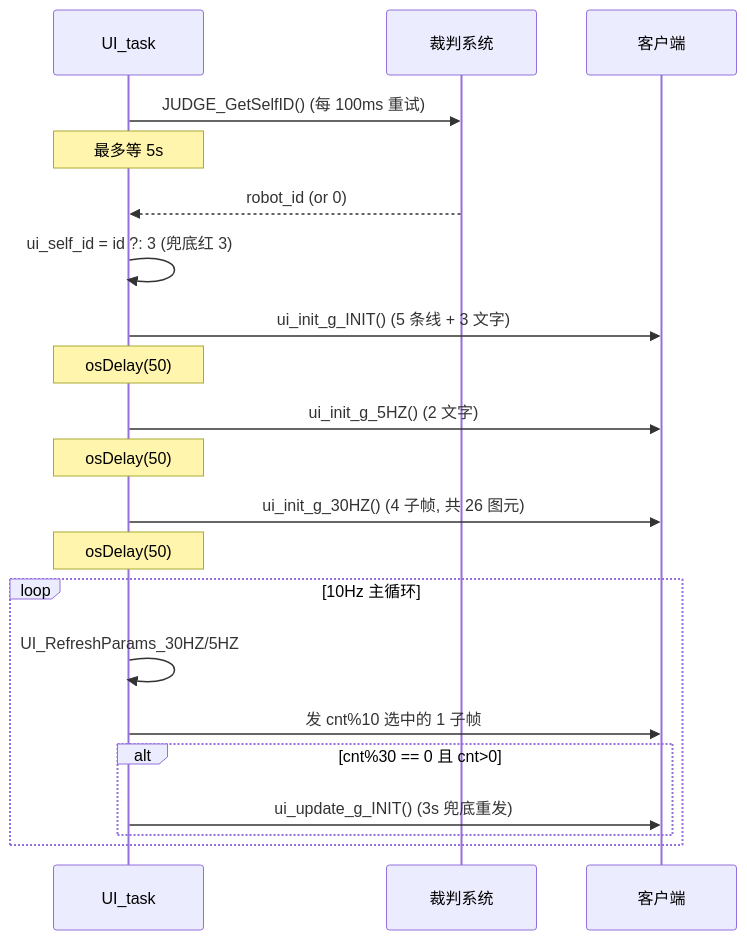
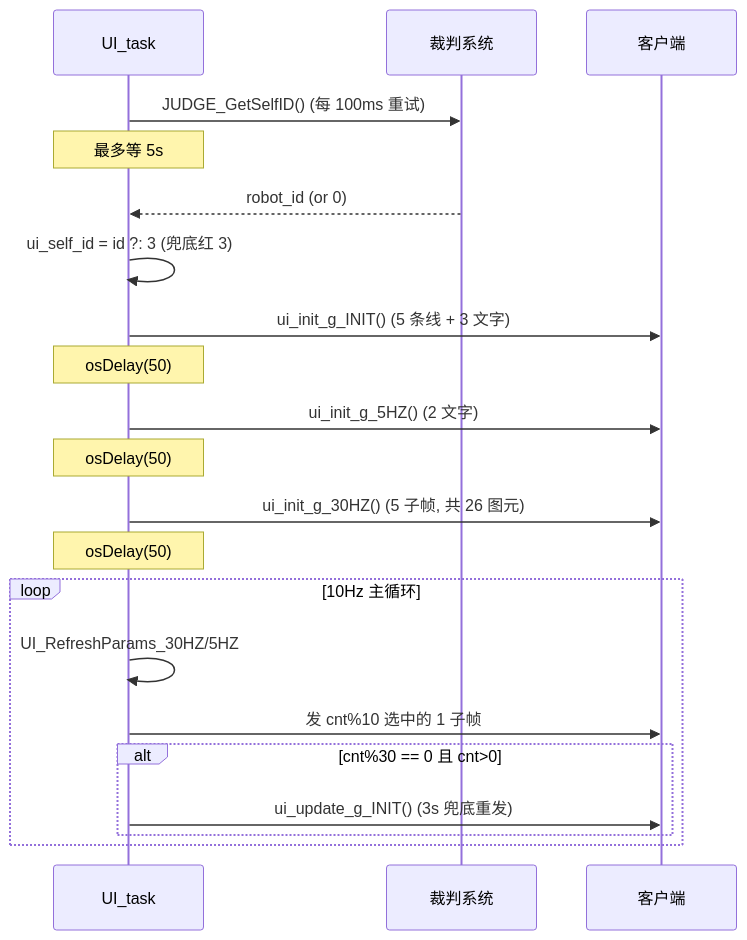
The third of 4 diagrams in UI/UI_Architecture.md (con9uer666/TARS-Go-Wheel-Leg-DOWNBoard), drawn with Mermaid before and after one commit. The commit also changed other lines of this file and 16 other files, not shown here.

````diff
--- a/UI/UI_Architecture.md
+++ b/UI/UI_Architecture.md
@@ -208,26 +254,26 @@
 ```mermaid
 sequenceDiagram
     participant Task as UI_task
     participant Judge as 裁判系统
     participant Client as 客户端
 
     Task->>Judge: JUDGE_GetSelfID() (每 100ms 重试)
     Note over Task: 最多等 5s
     Judge-->>Task: robot_id (or 0)
     Task->>Task: ui_self_id = id ?: 3 (兜底红 3)
 
     Task->>Client: ui_init_g_INIT() (5 条线 + 3 文字)
     Note over Task: osDelay(50)
     Task->>Client: ui_init_g_5HZ() (2 文字)
     Note over Task: osDelay(50)
-    Task->>Client: ui_init_g_30HZ() (4 子帧, 共 26 图元)
+    Task->>Client: ui_init_g_30HZ() (5 子帧, 共 26 图元)
     Note over Task: osDelay(50)
 
     loop 10Hz 主循环
         Task->>Task: UI_RefreshParams_30HZ/5HZ
         Task->>Client: 发 cnt%10 选中的 1 子帧
         alt cnt%30 == 0 且 cnt>0
             Task->>Client: ui_update_g_INIT() (3s 兜底重发)
         end
     end
 ```
````
